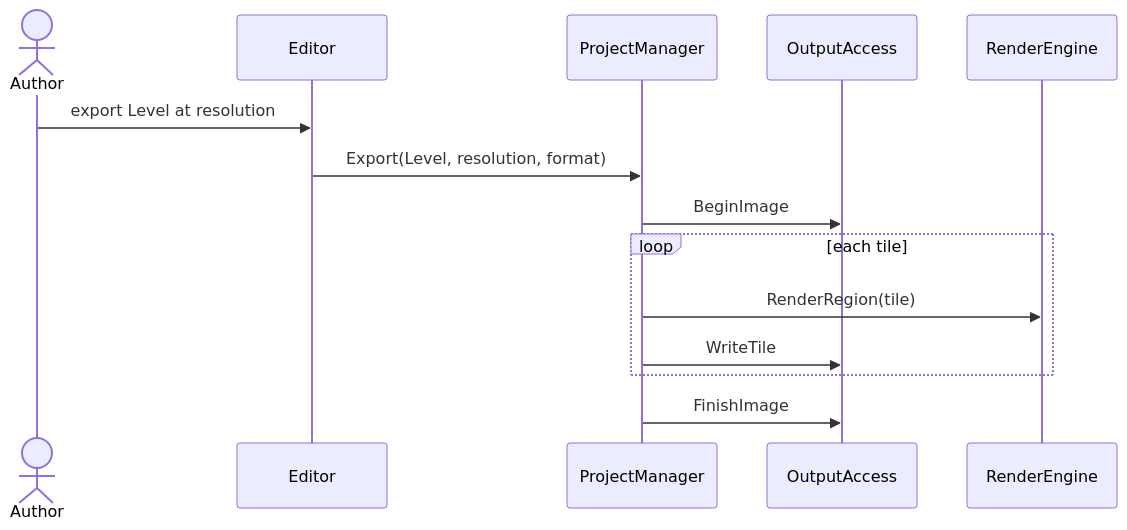
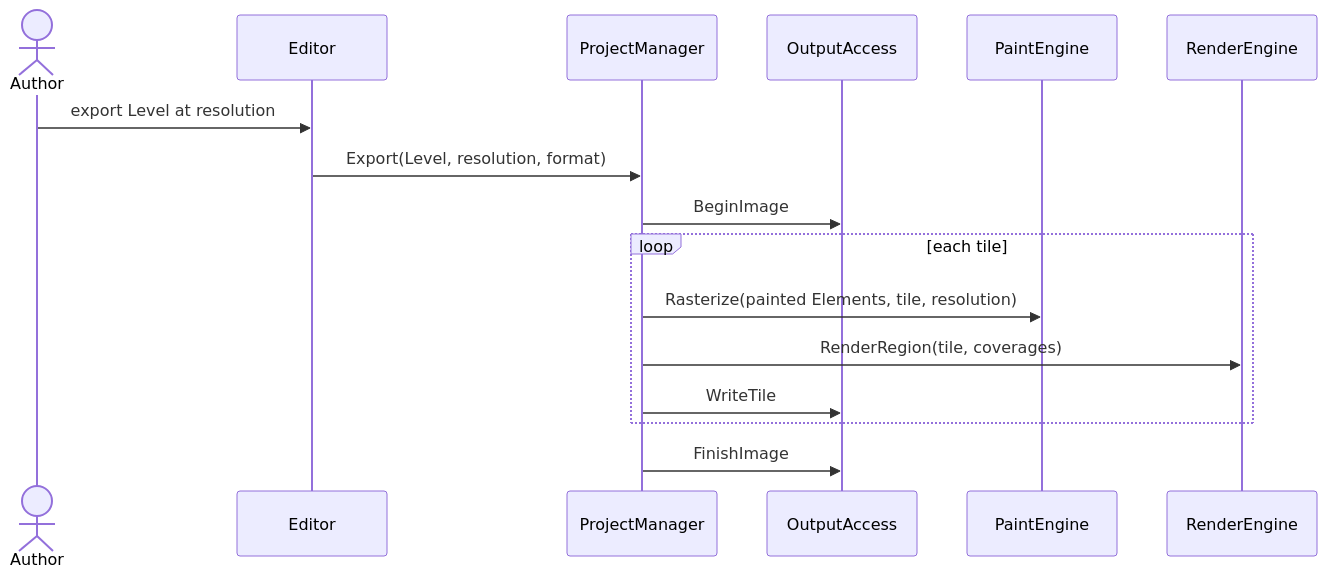
One commit to dungeon-rs/dungeon-rs changed the fifth of 5 diagrams in docs/architecture/ARCHITECTURE.md. Above: the diagram before and after it, drawn with Mermaid. The commit also changed other lines of this file and 1 other file, not shown here.

Commit message:
docs: let the Export rasterize painted Elements
An Export draws Terrain at its own resolution, so ProjectManager asks
PaintEngine to rasterize each tile's painted Elements before RenderEngine
renders the tile, a downward Manager-to-Engine call. RenderEngine's
masked Material names the Shader types in bevy_shader, which the render
stack may now use.

````diff
--- a/docs/architecture/ARCHITECTURE.md
+++ b/docs/architecture/ARCHITECTURE.md
@@ -249,12 +250,13 @@
 ```mermaid
 sequenceDiagram
   actor Author
   Author->>Editor: export Level at resolution
   Editor->>ProjectManager: Export(Level, resolution, format)
   ProjectManager->>OutputAccess: BeginImage
   loop each tile
-    ProjectManager->>RenderEngine: RenderRegion(tile)
+    ProjectManager->>PaintEngine: Rasterize(painted Elements, tile, resolution)
+    ProjectManager->>RenderEngine: RenderRegion(tile, coverages)
     ProjectManager->>OutputAccess: WriteTile
   end
   ProjectManager->>OutputAccess: FinishImage
 ```
````
